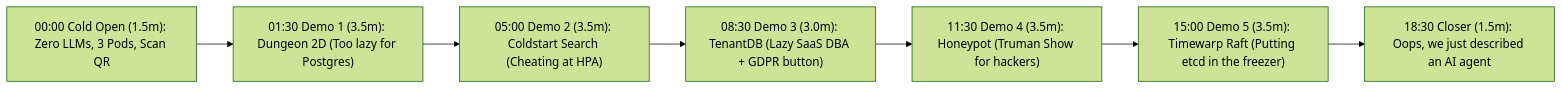
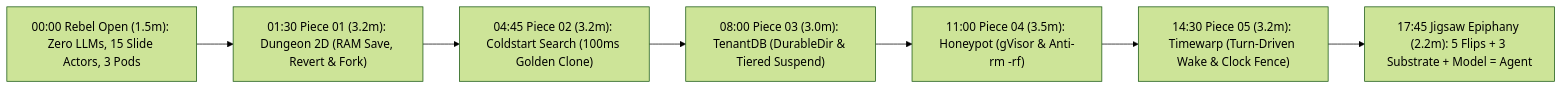
One commit to moficodes/anything-but-agents changed the first of 2 diagrams in docs/talk-outline.md. Above: the diagram before and after it, drawn with Mermaid (forest theme). The commit also changed other lines of this file and 9 other files, not shown here.

Commit message:
feat(slides): add rebel narrative arc and 3-stage jigsaw puzzle finale

````diff
--- a/docs/talk-outline.md
+++ b/docs/talk-outline.md
@@ -20,12 +20,12 @@
 ```mermaid
 flowchart LR
-    Open["00:00 Cold Open (1.5m): Zero LLMs, 3 Pods, Scan QR"]
-    D1["01:30 Demo 1 (3.5m): Dungeon 2D (Too lazy for Postgres)"]
-    D2["05:00 Demo 2 (3.5m): Coldstart Search (Cheating at HPA)"]
-    D3["08:30 Demo 3 (3.0m): TenantDB (Lazy SaaS DBA + GDPR button)"]
-    D4["11:30 Demo 4 (3.5m): Honeypot (Truman Show for hackers)"]
-    D5["15:00 Demo 5 (3.5m): Timewarp Raft (Putting etcd in the freezer)"]
-    Close["18:30 Closer (1.5m): Oops, we just described an AI agent"]
+    Open["00:00 Rebel Open (1.5m): Zero LLMs, 15 Slide Actors, 3 Pods"]
+    D1["01:30 Piece 01 (3.2m): Dungeon 2D (RAM Save, Revert & Fork)"]
+    D2["04:45 Piece 02 (3.2m): Coldstart Search (100ms Golden Clone)"]
+    D3["08:00 Piece 03 (3.0m): TenantDB (DurableDir & Tiered Suspend)"]
+    D4["11:00 Piece 04 (3.5m): Honeypot (gVisor & Anti-rm -rf)"]
+    D5["14:30 Piece 05 (3.2m): Timewarp (Turn-Driven Wake & Clock Fence)"]
+    Close["17:45 Jigsaw Epiphany (2.2m): 5 Flips + 3 Substrate + Model = Agent"]
 
     Open --> D1 --> D2 --> D3 --> D4 --> D5 --> Close
 ```
````
